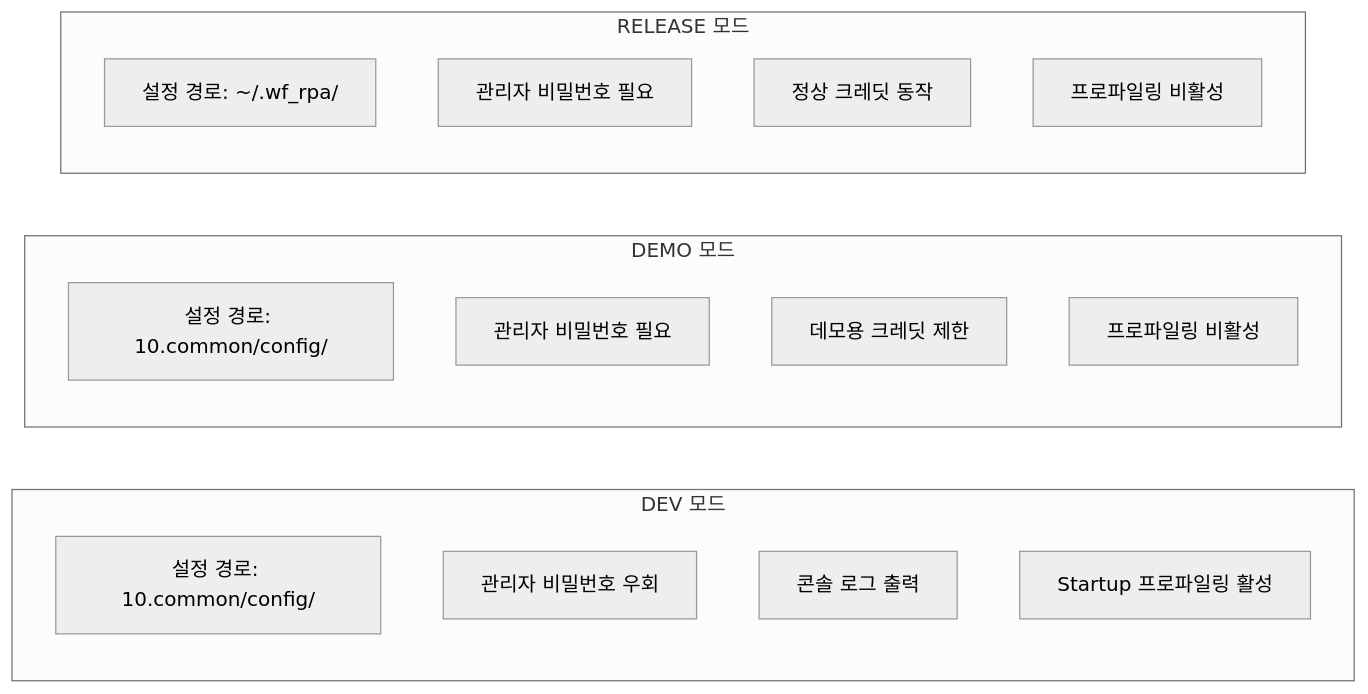
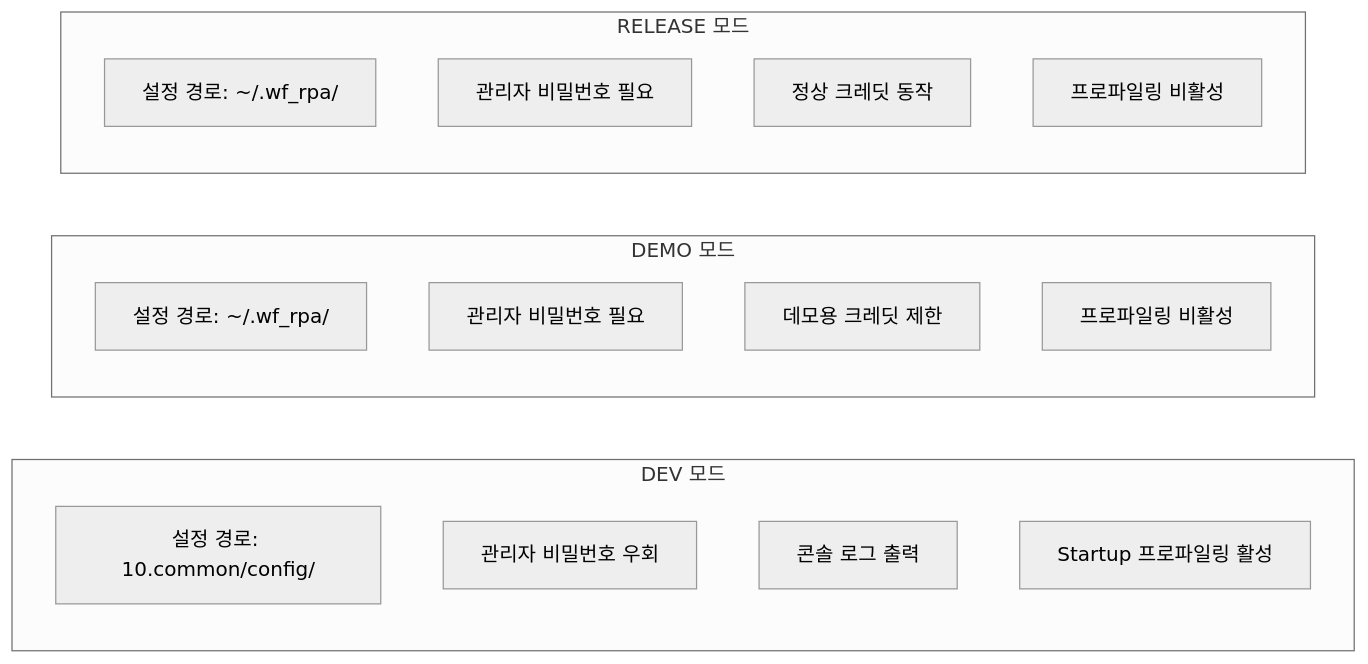
The fourth of 5 diagrams in 10.rpa/README.md (worksfree/wf), drawn with Mermaid (neutral theme) before and after one commit. The commit also changed other lines of this file and 2506 other files, not shown here.

````diff
--- a/10.rpa/README.md
+++ b/10.rpa/README.md
@@ -1205,23 +1208,23 @@
 ```mermaid
 flowchart LR
     subgraph dev ["DEV 모드"]
         D1[설정 경로: 10.common/config/]
         D2[관리자 비밀번호 우회]
         D3[콘솔 로그 출력]
         D4[Startup 프로파일링 활성]
     end
 
     subgraph demo ["DEMO 모드"]
-        M1[설정 경로: 10.common/config/]
+        M1[설정 경로: ~/.wf_rpa/]
         M2[관리자 비밀번호 필요]
         M3[데모용 크레딧 제한]
         M4[프로파일링 비활성]
     end
 
     subgraph release ["RELEASE 모드"]
         R1[설정 경로: ~/.wf_rpa/]
         R2[관리자 비밀번호 필요]
         R3[정상 크레딧 동작]
         R4[프로파일링 비활성]
     end
 ```
````
